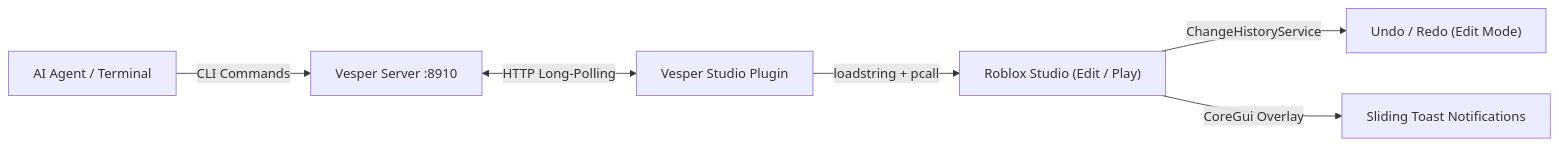
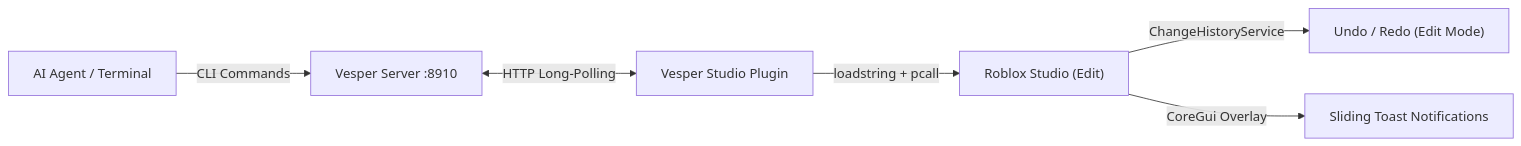
One commit to raxelf/vesper changed the diagram in README.md. Above: the diagram before and after it, drawn with Mermaid. The commit also changed other lines of this file, not shown here.

````diff
--- a/README.md
+++ b/README.md
@@ -133,8 +136,8 @@
 ```mermaid
 flowchart LR
     A["AI Agent / Terminal"] -->|CLI Commands| B["Vesper Server :8910"]
     B <-->|HTTP Long-Polling| C["Vesper Studio Plugin"]
-    C -->|loadstring + pcall| D["Roblox Studio (Edit / Play)"]
+    C -->|loadstring + pcall| D["Roblox Studio (Edit)"]
     D -->|ChangeHistoryService| E["Undo / Redo (Edit Mode)"]
     D -->|CoreGui Overlay| F["Sliding Toast Notifications"]
 ```
````
